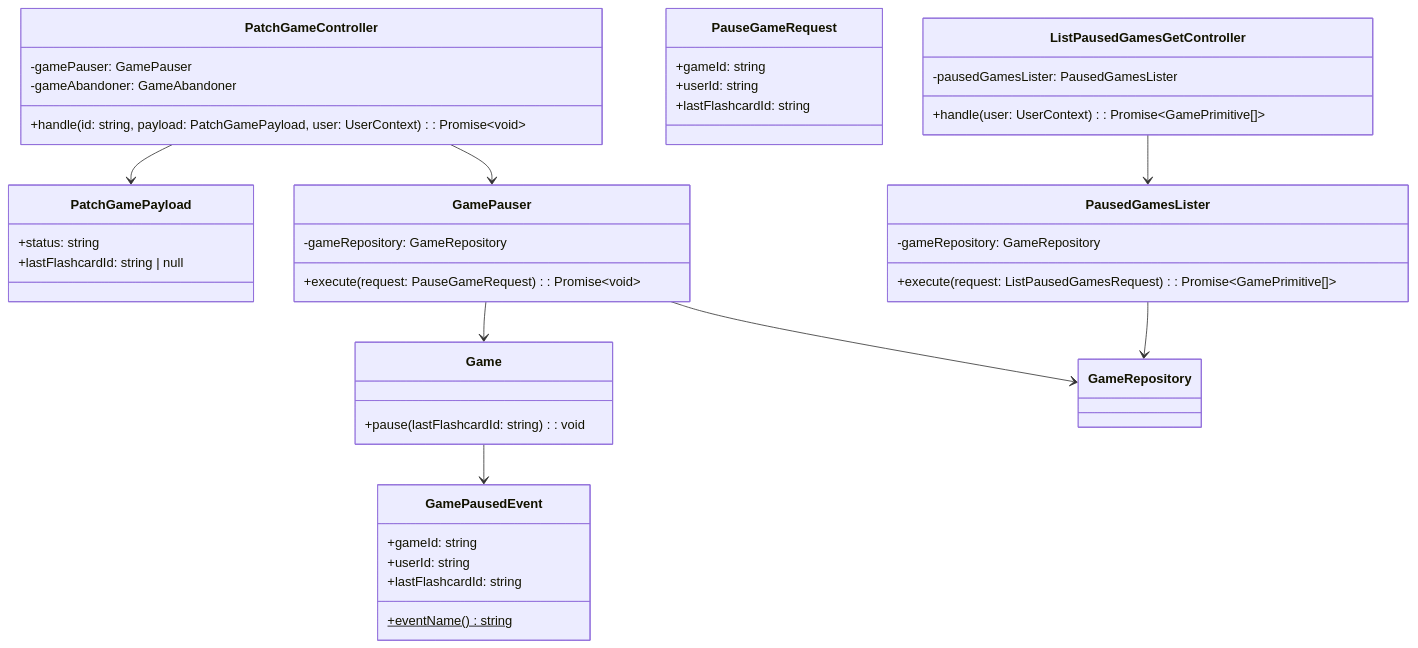
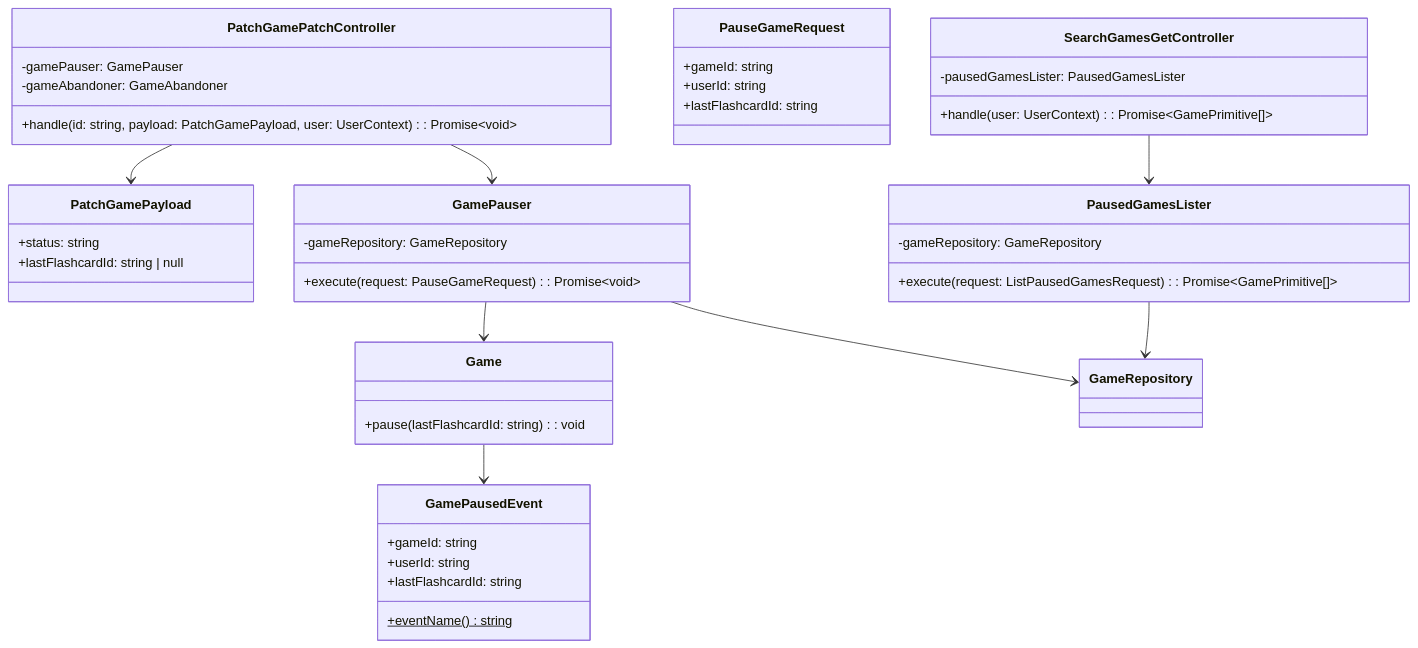
Before and after one commit to AbrahamVilchesDeLaCruz/ididntcatchthat: the diagram in docs/apps/api/gaming/pause/classes.md, drawn with Mermaid. The commit also changed 13 other files, not shown here.

````diff
--- a/docs/apps/api/gaming/pause/classes.md
+++ b/docs/apps/api/gaming/pause/classes.md
@@ -3,53 +3,53 @@
 ```mermaid
 classDiagram
-    class PatchGameController {
+    class PatchGamePatchController {
         -gamePauser: GamePauser
         -gameAbandoner: GameAbandoner
         +handle(id: string, payload: PatchGamePayload, user: UserContext): Promise~void~
     }
 
     class PatchGamePayload {
         +status: string
         +lastFlashcardId: string | null
     }
 
     class GamePauser {
         -gameRepository: GameRepository
         +execute(request: PauseGameRequest): Promise~void~
     }
 
     class PauseGameRequest {
         +gameId: string
         +userId: string
         +lastFlashcardId: string
     }
 
     class PausedGamesLister {
         -gameRepository: GameRepository
         +execute(request: ListPausedGamesRequest): Promise~GamePrimitive[]~
     }
 
-    class ListPausedGamesGetController {
+    class SearchGamesGetController {
         -pausedGamesLister: PausedGamesLister
         +handle(user: UserContext): Promise~GamePrimitive[]~
     }
 
     class Game {
         +pause(lastFlashcardId: string): void
     }
 
     class GamePausedEvent {
         +eventName()$ string
         +gameId: string
         +userId: string
         +lastFlashcardId: string
     }
 
-    PatchGameController --> GamePauser
-    PatchGameController --> PatchGamePayload
+    PatchGamePatchController --> GamePauser
+    PatchGamePatchController --> PatchGamePayload
     GamePauser --> GameRepository
     GamePauser --> Game
     Game --> GamePausedEvent
-    ListPausedGamesGetController --> PausedGamesLister
+    SearchGamesGetController --> PausedGamesLister
     PausedGamesLister --> GameRepository
 ```
````
